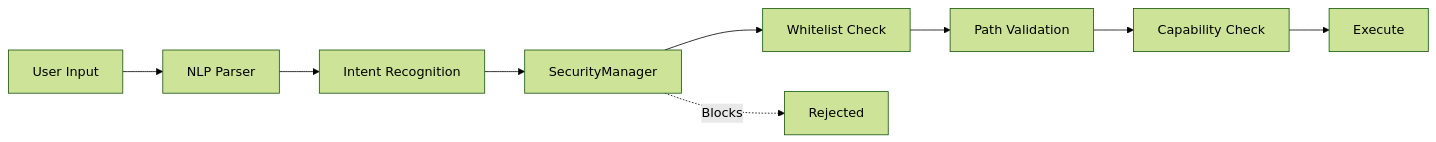
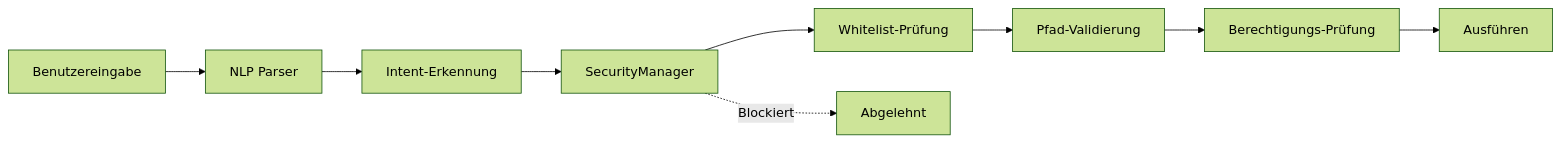
Before and after one commit to Lautloserspieler/JarvisCore: the diagram in docs/SECURITY.md, drawn with Mermaid (forest theme). The commit also changed other lines of this file, not shown here.

````diff
--- a/docs/SECURITY.md
+++ b/docs/SECURITY.md
@@ -151,11 +151,11 @@
 ```mermaid
 graph LR
-    A[User Input] --> B[NLP Parser]
-    B --> C[Intent Recognition]
+    A[Benutzereingabe] --> B[NLP Parser]
+    B --> C[Intent-Erkennung]
     C --> D[SecurityManager]
-    D --> E[Whitelist Check]
-    E --> F[Path Validation]
-    F --> G[Capability Check]
-    G --> H[Execute]
-    D -.Blocks.-> I[Rejected]
+    D --> E[Whitelist-Prüfung]
+    E --> F[Pfad-Validierung]
+    F --> G[Berechtigungs-Prüfung]
+    G --> H[Ausführen]
+    D -.Blockiert.-> I[Abgelehnt]
 ```
````
